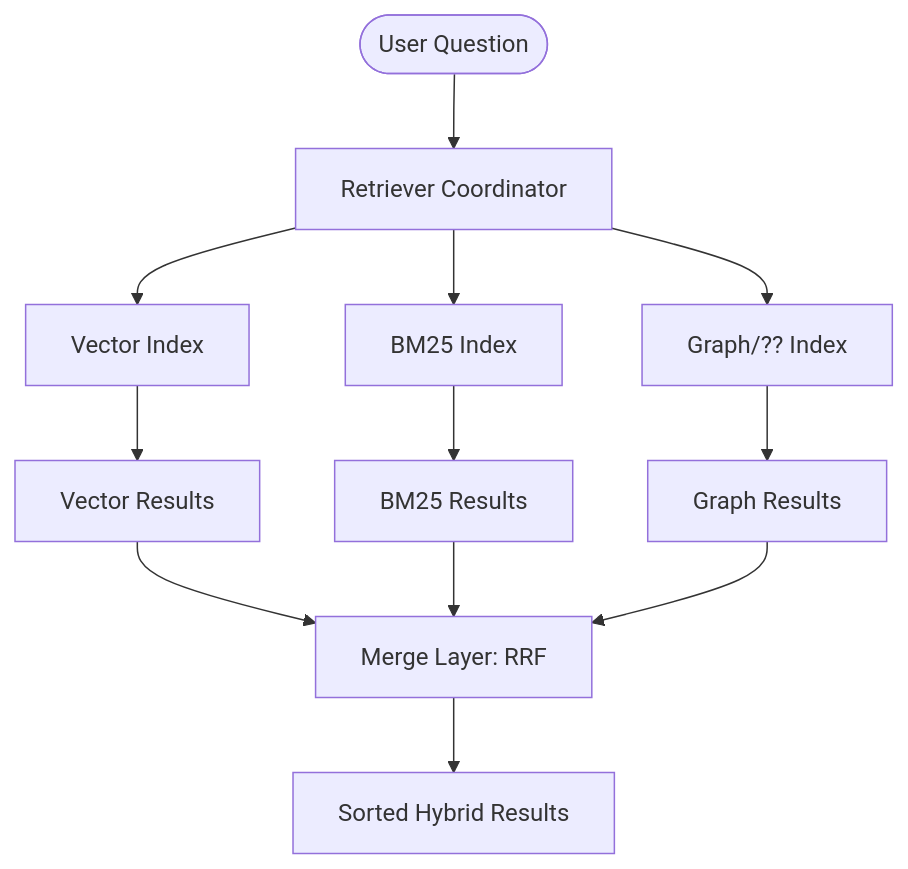
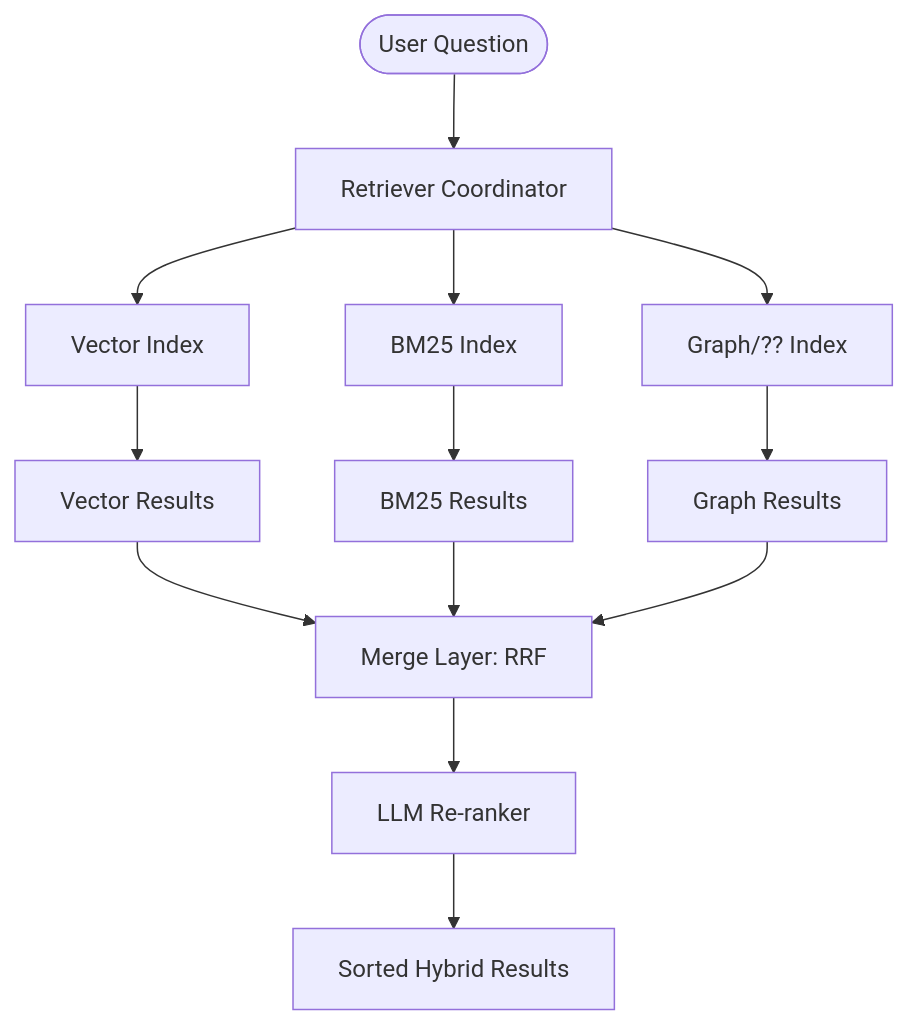
The diagram in _posts/the-multi-index-architecture.md (sunando94/personalblog), drawn with Mermaid before and after one commit. The commit also changed other lines of this file and 3 other files, not shown here.

Commit message:
feat: Enhance multi-index architecture post with LLM re-ranking and contextual retrieval, add related images, and update gitignore.

````diff
--- a/_posts/the-multi-index-architecture.md
+++ b/_posts/the-multi-index-architecture.md
@@ -26,14 +26,15 @@
 ```mermaid
 graph TD
     User([User Question]) --> R[Retriever Coordinator]
     R --> V[Vector Index]
     R --> B[BM25 Index]
     R --> G[Graph/?? Index]
     V --> VR[Vector Results]
     B --> BR[BM25 Results]
     G --> GR[Graph Results]
     VR --> M[Merge Layer: RRF]
     BR --> M
     GR --> M
-    M --> Final[Sorted Hybrid Results]
+    M --> Re[LLM Re-ranker]
+    Re --> Final[Sorted Hybrid Results]
 ```
````
